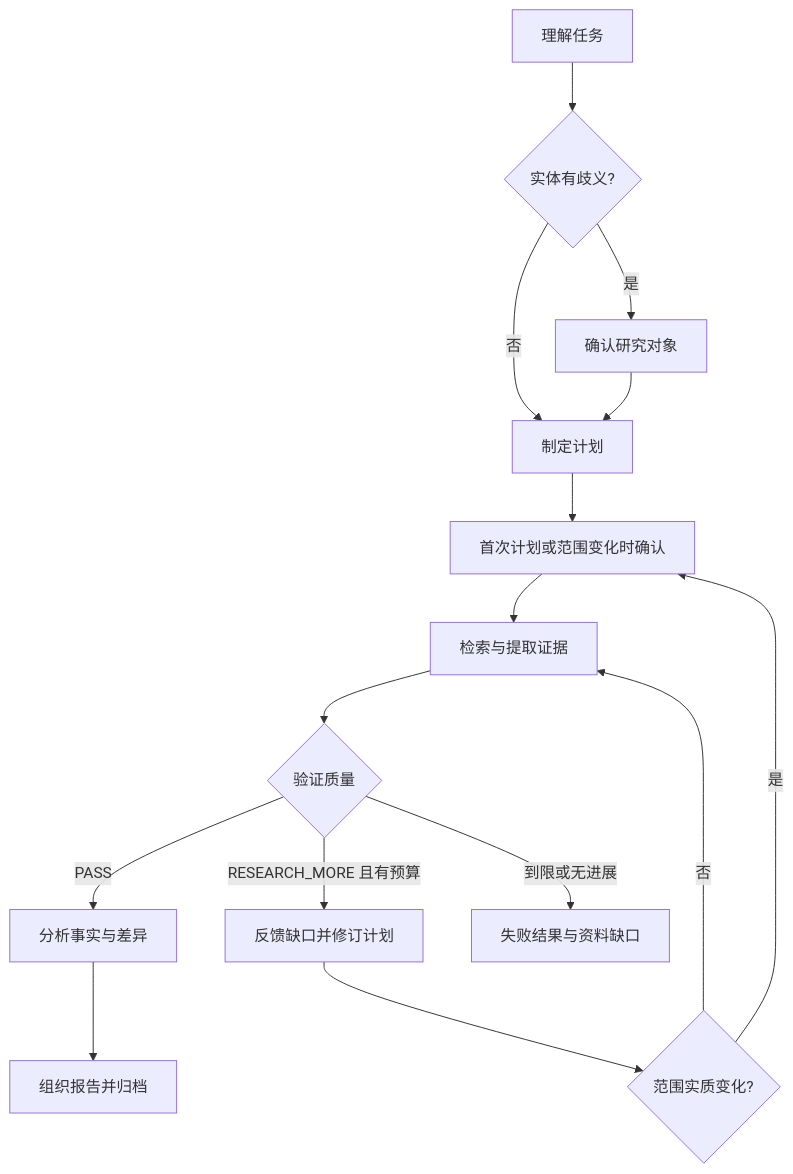
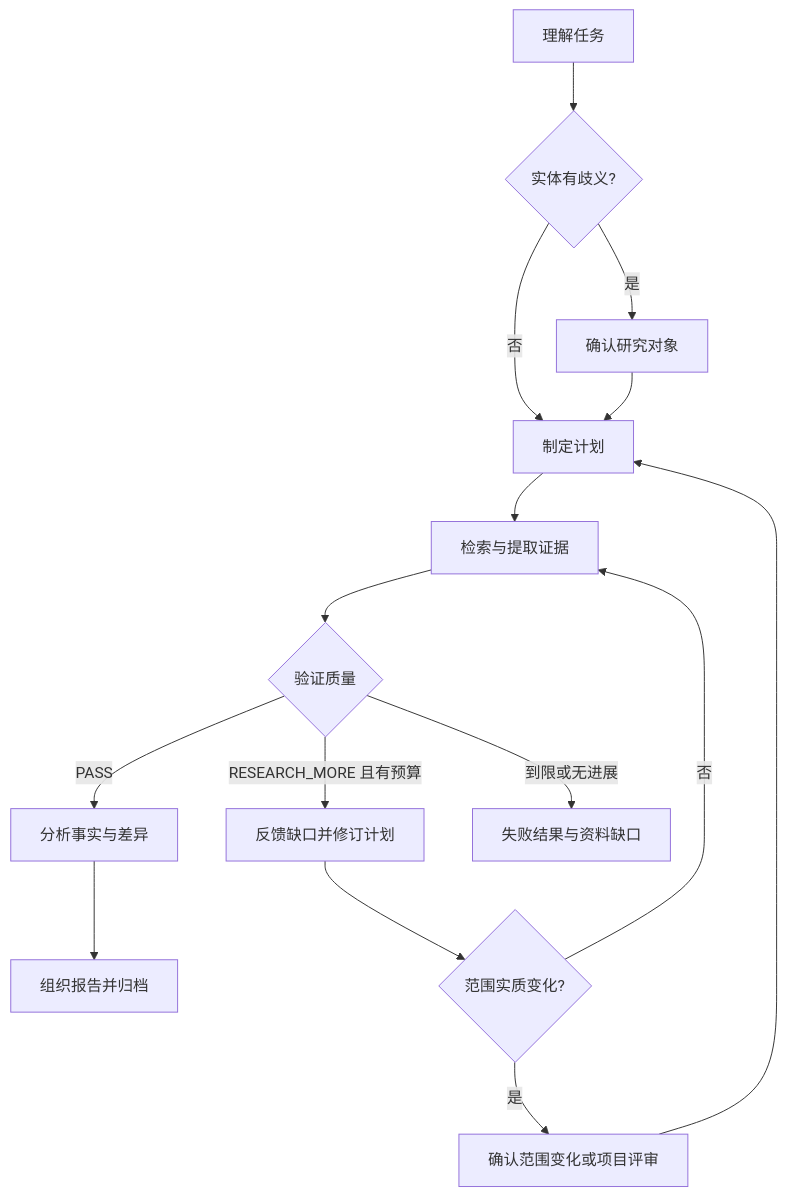
Before and after one commit to sakura1412/steal-her-heart: the diagram in skills/steal-her-heart/TASK_SPEC.md, drawn with Mermaid. The commit also changed other lines of this file and 24 other files, not shown here.

````diff
--- a/skills/steal-her-heart/TASK_SPEC.md
+++ b/skills/steal-her-heart/TASK_SPEC.md
@@ -50,17 +50,17 @@
 ```mermaid
 flowchart TD
   A[理解任务] --> B{实体有歧义?}
   B -->|是| C[确认研究对象]
   B -->|否| D[制定计划]
   C --> D
-  D --> E[首次计划或范围变化时确认]
-  E --> F[检索与提取证据]
+  D --> F[检索与提取证据]
   F --> G{验证质量}
   G -->|PASS| H[分析事实与差异]
   H --> I[组织报告并归档]
   G -->|RESEARCH_MORE 且有预算| J[反馈缺口并修订计划]
   J --> K{范围实质变化?}
   K -->|否| F
-  K -->|是| E
+  K -->|是| E[确认范围变化或项目评审]
+  E --> D
   G -->|到限或无进展| L[失败结果与资料缺口]
 ```
````
